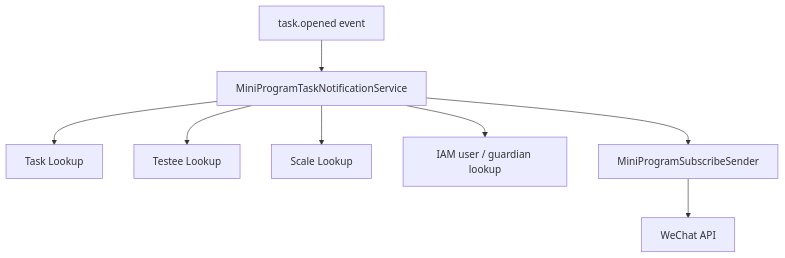
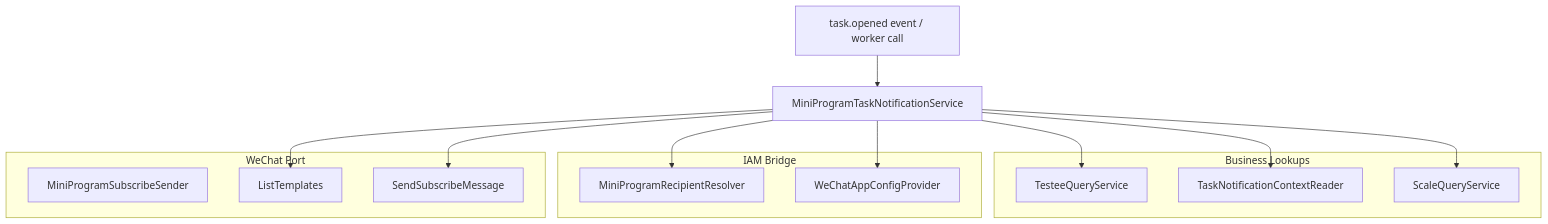
Before and after one commit to FangcunMount/qs-server: the first of 2 diagrams in docs/03-基础设施/integrations/03-Notification应用服务.md, drawn with Mermaid. The commit also changed other lines of this file and 5 other files, not shown here.

````diff
--- a/docs/03-基础设施/integrations/03-Notification应用服务.md
+++ b/docs/03-基础设施/integrations/03-Notification应用服务.md
@@ -16,10 +64,31 @@
 ```mermaid
-flowchart TD
-    Event["task.opened event"] --> Service["MiniProgramTaskNotificationService"]
-    Service --> Task["Task Lookup"]
-    Service --> Testee["Testee Lookup"]
-    Service --> Scale["Scale Lookup"]
-    Service --> IAM["IAM user / guardian lookup"]
-    Service --> Sender["MiniProgramSubscribeSender"]
-    Sender --> WeChat["WeChat API"]
+flowchart TB
+    event["task.opened event / worker call"]
+    service["MiniProgramTaskNotificationService"]
+
+    subgraph Lookups["Business Lookups"]
+        testee["TesteeQueryService"]
+        taskCtx["TaskNotificationContextReader"]
+        scale["ScaleQueryService"]
+    end
+
+    subgraph IAM["IAM Bridge"]
+        recipient["MiniProgramRecipientResolver"]
+        appConfig["WeChatAppConfigProvider"]
+    end
+
+    subgraph WeChat["WeChat Port"]
+        sender["MiniProgramSubscribeSender"]
+        templates["ListTemplates"]
+        send["SendSubscribeMessage"]
+    end
+
+    event --> service
+    service --> testee
+    service --> taskCtx
+    service --> scale
+    service --> recipient
+    service --> appConfig
+    service --> templates
+    service --> send
 ```
````
